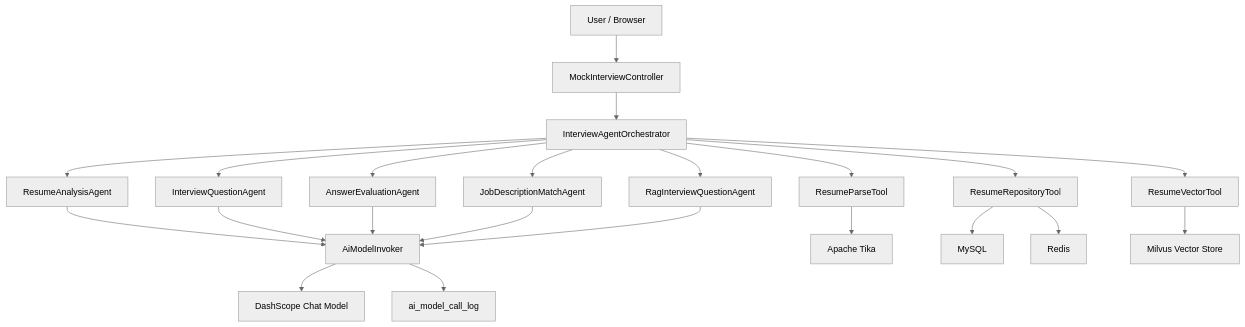
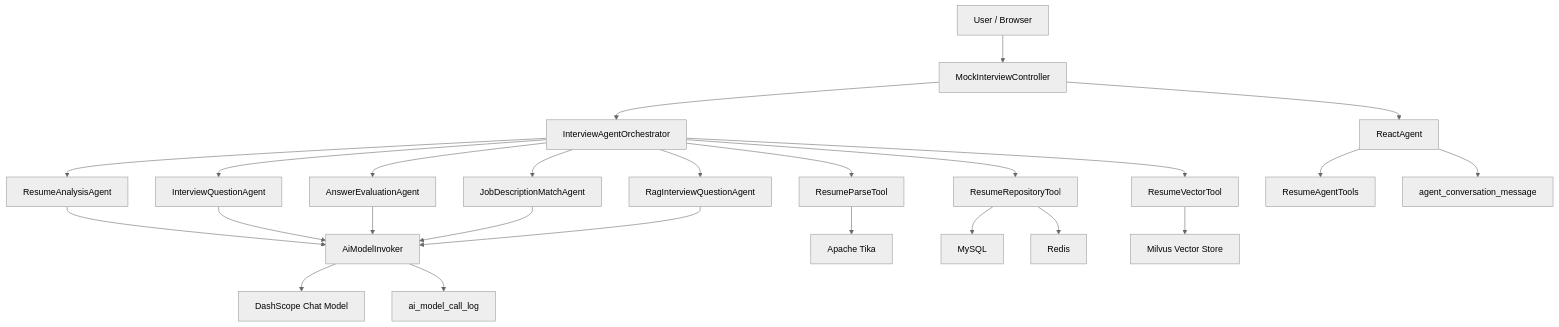
One commit to xiekunhuang2020/ai-interview-agent changed the diagram in docs/architecture.md. Above: the diagram before and after it, drawn with Mermaid (neutral theme). The commit also changed other lines of this file and 26 other files, not shown here.

````diff
--- a/docs/architecture.md
+++ b/docs/architecture.md
@@ -9,27 +9,31 @@
 ```mermaid
 flowchart TD
     U["User / Browser"] --> C["MockInterviewController"]
     C --> O["InterviewAgentOrchestrator"]
 
     O --> T1["ResumeParseTool"]
     O --> A1["ResumeAnalysisAgent"]
     O --> T2["ResumeRepositoryTool"]
     O --> T3["ResumeVectorTool"]
     O --> A2["InterviewQuestionAgent"]
     O --> A3["AnswerEvaluationAgent"]
     O --> A4["JobDescriptionMatchAgent"]
     O --> A5["RagInterviewQuestionAgent"]
 
     A1 --> INV["AiModelInvoker"]
     A2 --> INV
     A3 --> INV
     A4 --> INV
     A5 --> INV
     INV --> LLM["DashScope Chat Model"]
     INV --> AUDIT["ai_model_call_log"]
 
+    C --> RA["ReactAgent"]
+    RA --> TOOLCALL["ResumeAgentTools"]
+    RA --> MSGAUDIT["agent_conversation_message"]
+
     T1 --> Tika["Apache Tika"]
     T2 --> MySQL["MySQL"]
     T2 --> Redis["Redis"]
     T3 --> Milvus["Milvus Vector Store"]
 ```
````
